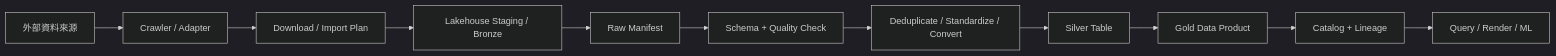
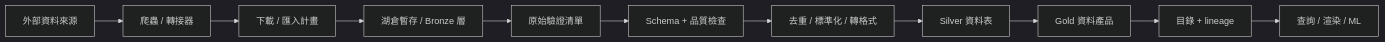
Before and after one commit to YanAnnLu/APIkeys_collection: the third of 6 diagrams in docs/DATA_ASSET_PLATFORM_CONCEPTS.zh-TW.md, drawn with Mermaid (dark theme). The commit also changed other lines of this file and 17 other files, not shown here.

````diff
--- a/docs/DATA_ASSET_PLATFORM_CONCEPTS.zh-TW.md
+++ b/docs/DATA_ASSET_PLATFORM_CONCEPTS.zh-TW.md
@@ -339,13 +339,13 @@
 ```mermaid
 flowchart LR
-    S[外部資料來源] --> A[Crawler / Adapter]
-    A --> P[Download / Import Plan]
-    P --> B[Lakehouse Staging / Bronze]
-    B --> M[Raw Manifest]
-    M --> Q[Schema + Quality Check]
-    Q --> X[Deduplicate / Standardize / Convert]
-    X --> SG[Silver Table]
-    SG --> G[Gold Data Product]
-    G --> C[Catalog + Lineage]
-    C --> U[Query / Render / ML]
+    S[外部資料來源] --> A[爬蟲 / 轉接器]
+    A --> P[下載 / 匯入計畫]
+    P --> B[湖倉暫存 / Bronze 層]
+    B --> M[原始驗證清單]
+    M --> Q[Schema + 品質檢查]
+    Q --> X[去重 / 標準化 / 轉格式]
+    X --> SG[Silver 資料表]
+    SG --> G[Gold 資料產品]
+    G --> C[目錄 + lineage]
+    C --> U[查詢 / 渲染 / ML]
 ```
````
